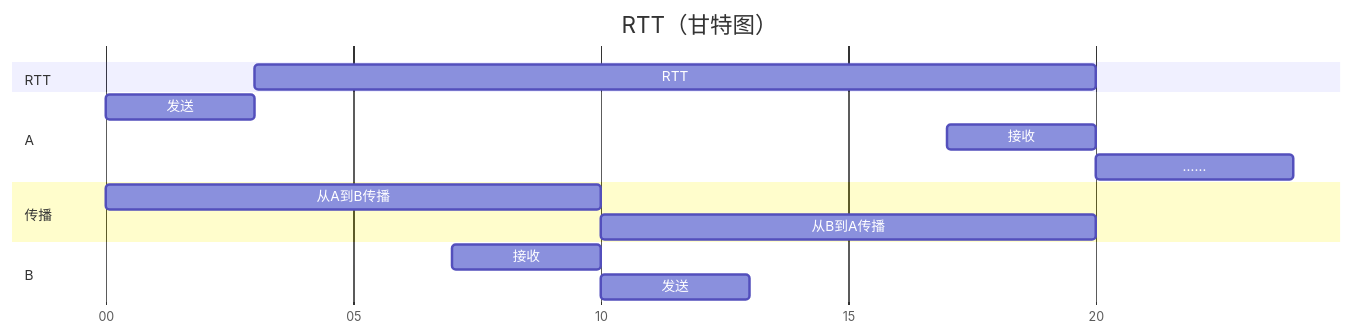
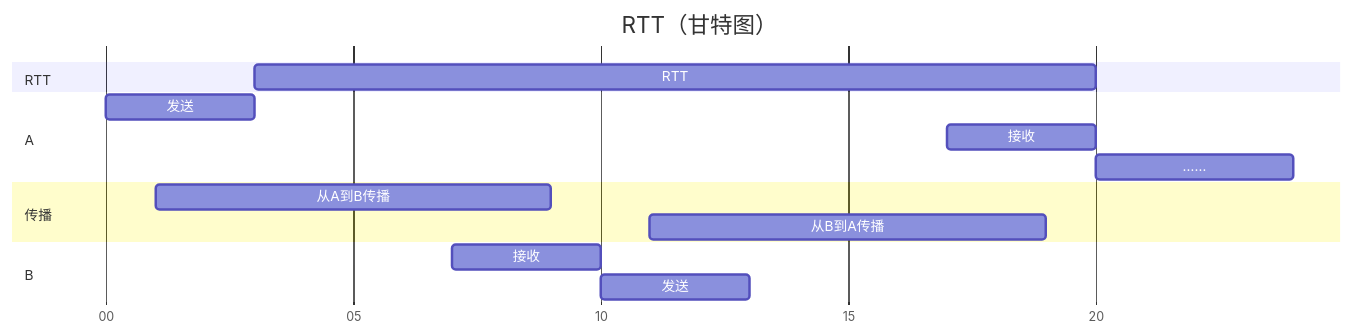
The diagram in source/_posts/计算机网络/计网-01-概述-性能指标.md (ruofancooh/blog-source), drawn with Mermaid before and after one commit. The commit also changed 2 other files, not shown here.

Commit message:
主要增加【Hadoop-00-搭建环境】

````diff
--- a/source/_posts/计算机网络/计网-01-概述-性能指标.md
+++ b/source/_posts/计算机网络/计网-01-概述-性能指标.md
@@ -116,22 +116,22 @@
 ```mermaid
 gantt
     title RTT（甘特图）
     dateFormat s
     axisFormat %S
 
     section RTT
     RTT :3,17s
 
     section A
     发送           :0,3s
     接收    :17,3s
     ……    :20,4s
 
     section 传播
-    从A到B传播    :0,10s
-    从B到A传播    :10,10s
+    从A到B传播    :1,8s
+    从B到A传播    :11,8s
 
     section B
     接收      :7,3s
     发送    :10,3s
 ```
````
